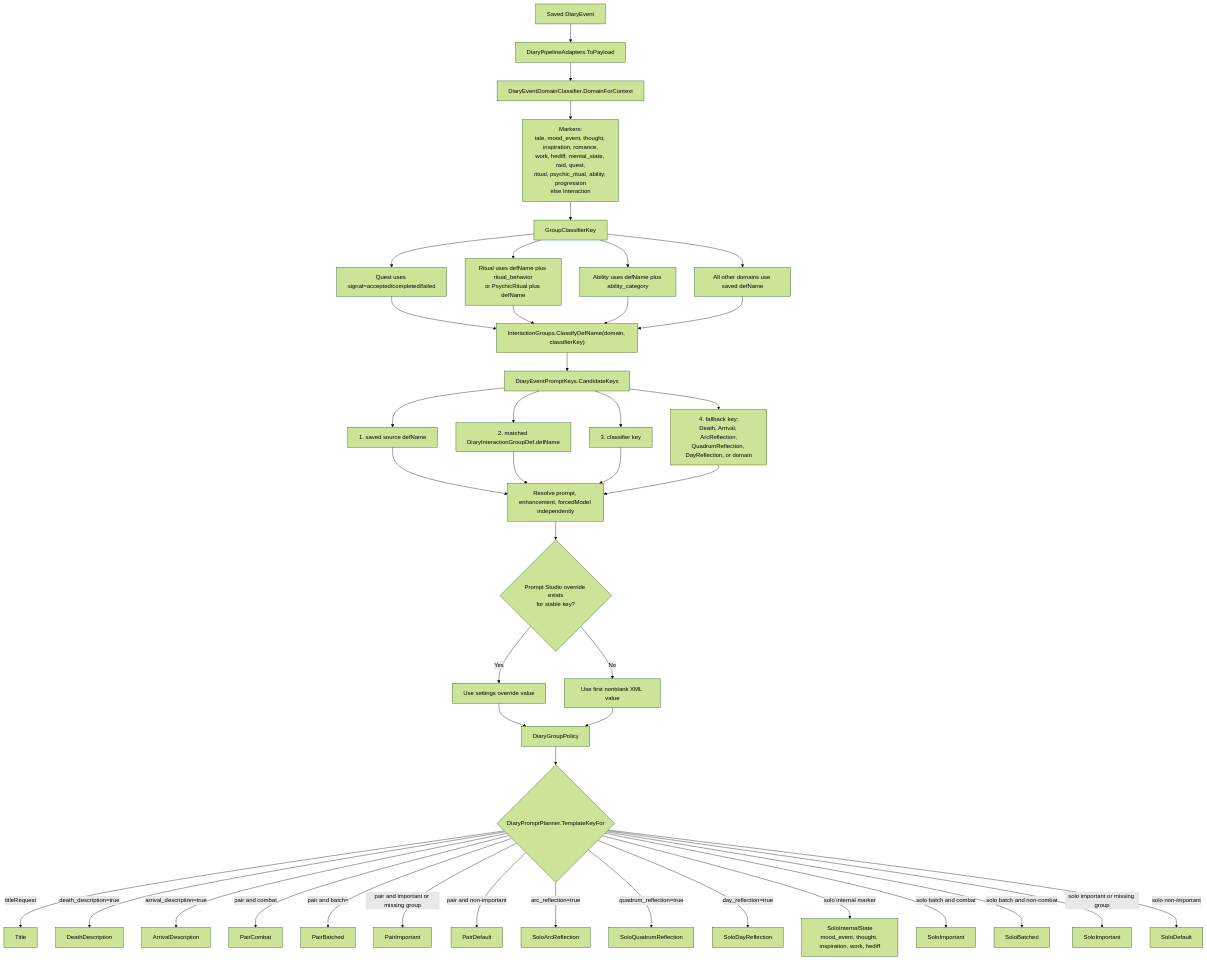
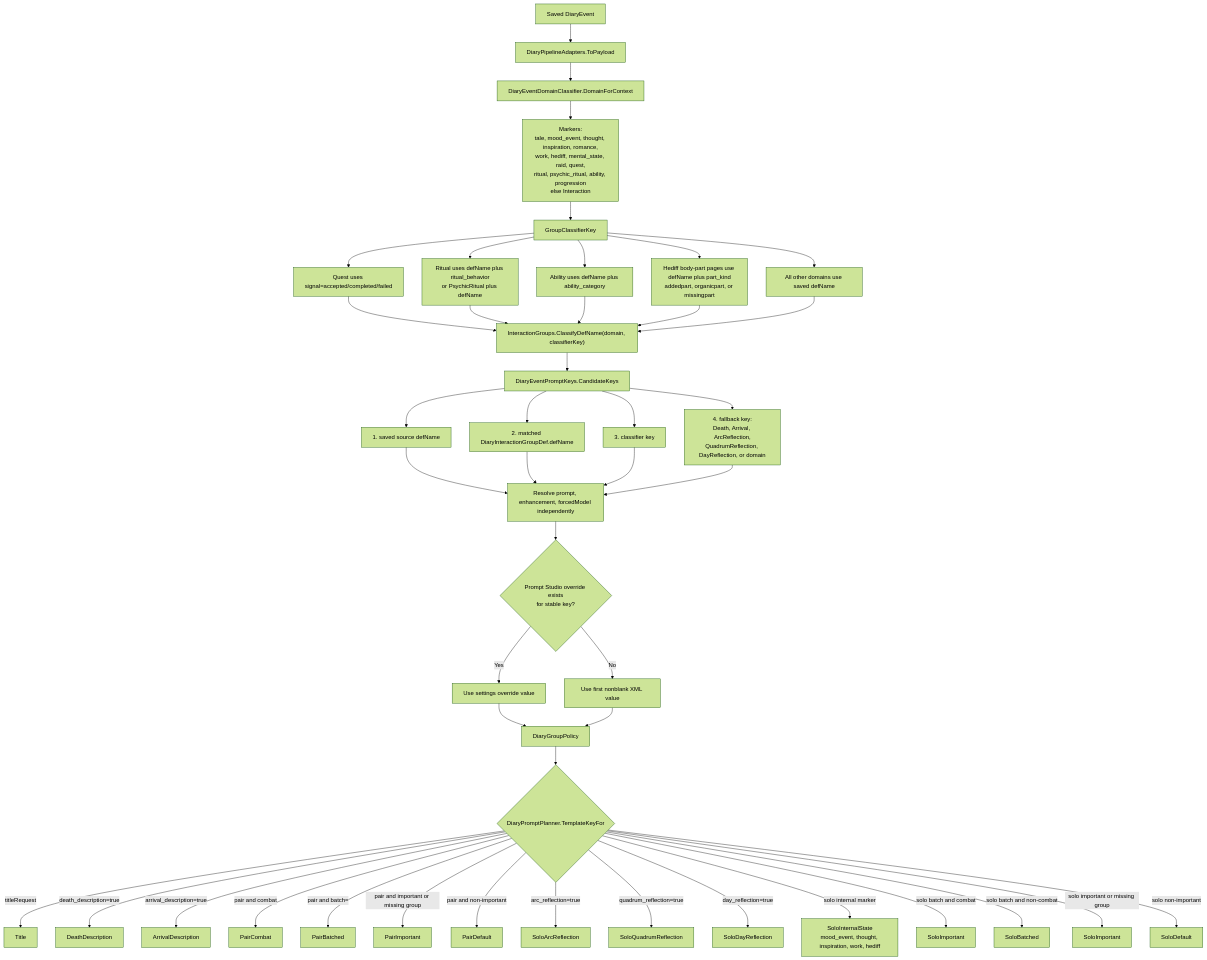
One commit to aimmlegate/PawnDiary changed the second of 6 diagrams in EVENT_PROMPT_MAP.md. Above: the diagram before and after it, drawn with Mermaid (forest theme). The commit also changed other lines of this file and 23 other files, not shown here.

Commit message:
Implement body part diary events

````diff
--- a/EVENT_PROMPT_MAP.md
+++ b/EVENT_PROMPT_MAP.md
@@ -152,48 +152,50 @@
 ```mermaid
 flowchart TD
     Event["Saved DiaryEvent"] --> Payload["DiaryPipelineAdapters.ToPayload"]
     Payload --> Domain["DiaryEventDomainClassifier.DomainForContext"]
     Domain --> Markers["Markers:<br/>tale, mood_event, thought, inspiration, romance,<br/>work, hediff, mental_state, raid, quest,<br/>ritual, psychic_ritual, ability, progression<br/>else Interaction"]
     Markers --> Classifier["GroupClassifierKey"]
     Classifier --> QuestKey["Quest uses signal=accepted/completed/failed"]
     Classifier --> RitualKey["Ritual uses defName plus ritual_behavior<br/>or PsychicRitual plus defName"]
     Classifier --> AbilityKey["Ability uses defName plus ability_category"]
+    Classifier --> HediffKey["Hediff body-part pages use defName plus part_kind<br/>addedpart, organicpart, or missingpart"]
     Classifier --> DefaultKey["All other domains use saved defName"]
 
     QuestKey --> Group["InteractionGroups.ClassifyDefName(domain, classifierKey)"]
     RitualKey --> Group
     AbilityKey --> Group
+    HediffKey --> Group
     DefaultKey --> Group
     Group --> CandidateKeys["DiaryEventPromptKeys.CandidateKeys"]
     CandidateKeys --> K1["1. saved source defName"]
     CandidateKeys --> K2["2. matched DiaryInteractionGroupDef.defName"]
     CandidateKeys --> K3["3. classifier key"]
     CandidateKeys --> K4["4. fallback key:<br/>Death, Arrival, ArcReflection,<br/>QuadrumReflection, DayReflection, or domain"]
 
     K1 --> Resolve["Resolve prompt, enhancement, forcedModel independently"]
     K2 --> Resolve
     K3 --> Resolve
     K4 --> Resolve
     Resolve --> Override{"Prompt Studio override exists<br/>for stable key?"}
     Override -- Yes --> SettingsValue["Use settings override value"]
     Override -- No --> XmlValue["Use first nonblank XML value"]
     SettingsValue --> Policy["DiaryGroupPolicy"]
     XmlValue --> Policy
 
     Policy --> Template{"DiaryPromptPlanner.TemplateKeyFor"}
     Template -- titleRequest --> Title["Title"]
     Template -- death_description=true --> DeathDescription["DeathDescription"]
     Template -- arrival_description=true --> ArrivalDescription["ArrivalDescription"]
     Template -- pair and combat --> PairCombat["PairCombat"]
     Template -- pair and batch= --> PairBatched["PairBatched"]
     Template -- pair and important or missing group --> PairImportant["PairImportant"]
     Template -- pair and non-important --> PairDefault["PairDefault"]
     Template -- arc_reflection=true --> SoloArcReflection["SoloArcReflection"]
     Template -- quadrum_reflection=true --> SoloQuadrumReflection["SoloQuadrumReflection"]
     Template -- day_reflection=true --> SoloDayReflection["SoloDayReflection"]
     Template -- solo internal marker --> SoloInternalState["SoloInternalState<br/>mood_event, thought, inspiration, work, hediff"]
     Template -- solo batch and combat --> SoloImportantBatch["SoloImportant"]
     Template -- solo batch and non-combat --> SoloBatched["SoloBatched"]
     Template -- solo important or missing group --> SoloImportant["SoloImportant"]
     Template -- solo non-important --> SoloDefault["SoloDefault"]
 ```
````
